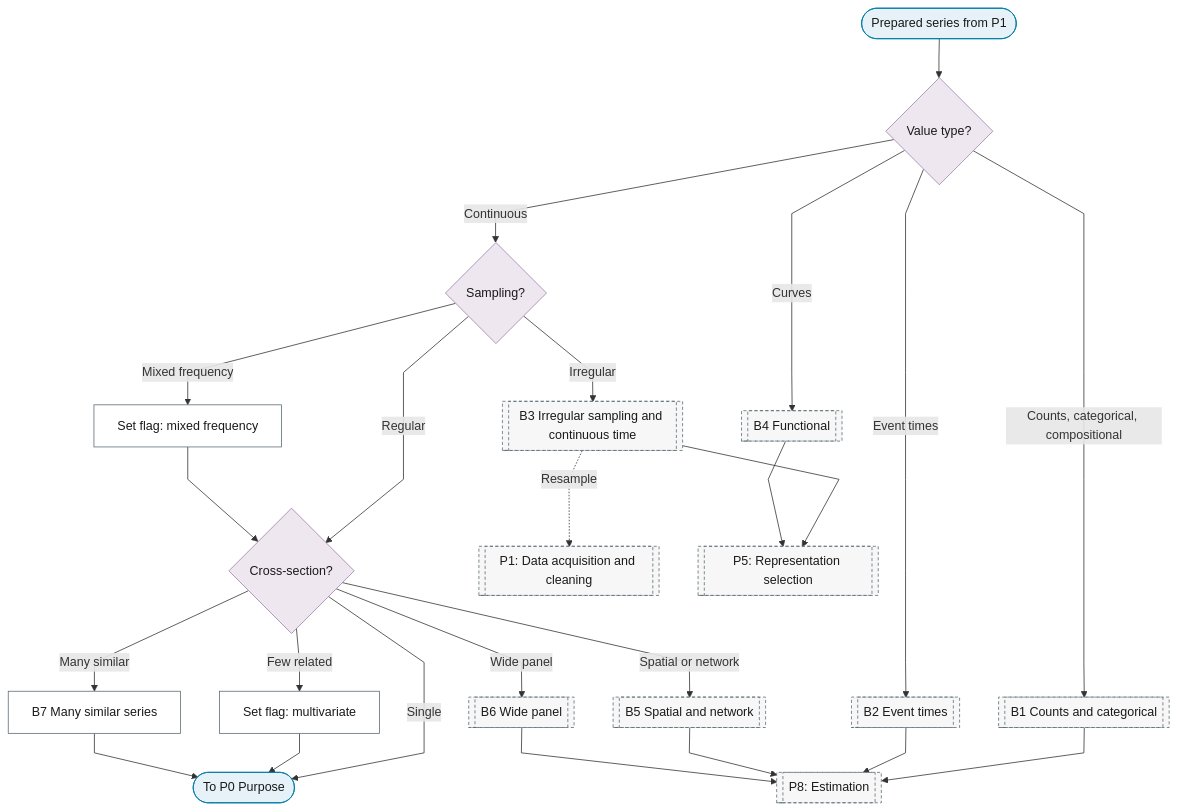
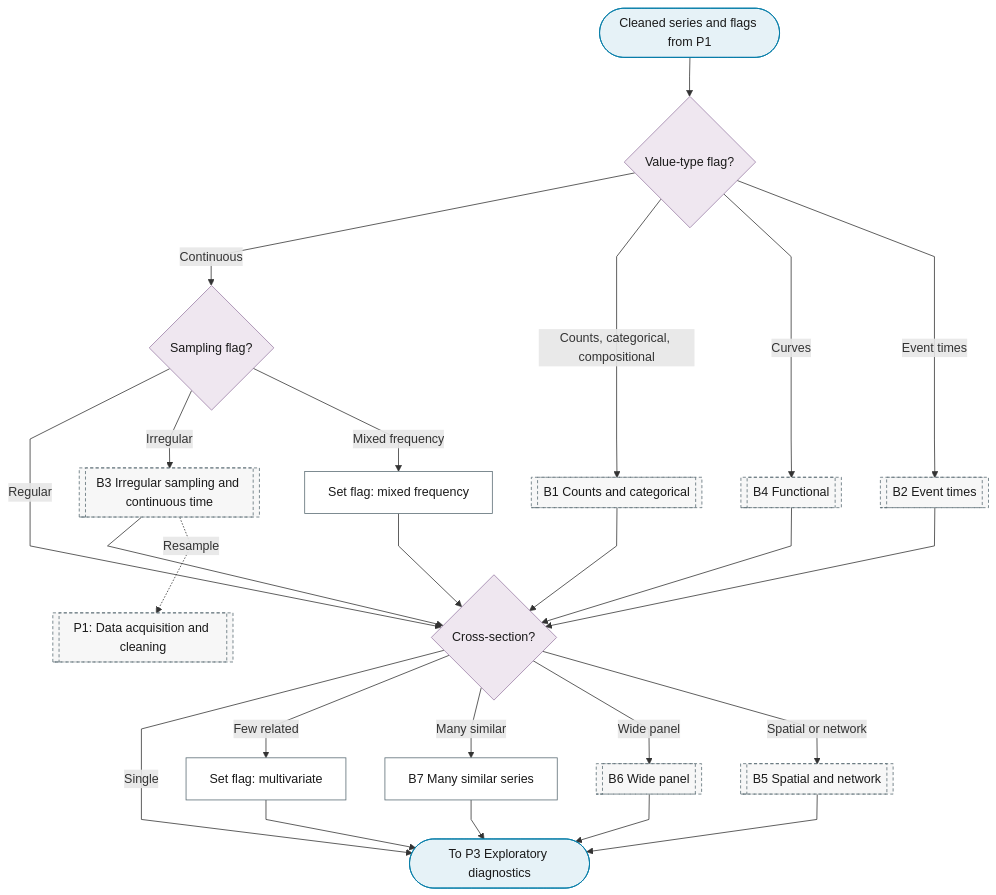
One commit to Shuxin-Y/time-series-analysis-manual changed the first of 2 diagrams in docs/01-workflow/p02-data-type-gate.md. Above: the diagram before and after it, drawn with Mermaid. The commit also changed other lines of this file and 8 other files, not shown here.

````diff
--- a/docs/01-workflow/p02-data-type-gate.md
+++ b/docs/01-workflow/p02-data-type-gate.md
@@ -9,40 +9,33 @@
 ```mermaid
 %%{init: {"flowchart": {"curve": "linear"}}}%%
 graph TD
-    P2_IN(["Prepared series from P1"]) --> P2_VALUE_TYPE{"Value type?"}
-    P2_VALUE_TYPE -->|"Continuous"| P2_SAMPLING{"Sampling?"}
+    P2_IN(["Cleaned series and flags from P1"]) --> P2_VALUE_TYPE{"Value-type flag?"}
+    P2_VALUE_TYPE -->|"Continuous"| P2_SAMPLING{"Sampling flag?"}
     P2_VALUE_TYPE -->|"Counts, categorical, compositional"| B1[["B1 Counts and categorical"]]
     P2_VALUE_TYPE -->|"Curves"| B4[["B4 Functional"]]
     P2_VALUE_TYPE -->|"Event times"| B2[["B2 Event times"]]
     P2_SAMPLING -->|"Regular"| P2_STRUCTURE{"Cross-section?"}
     P2_SAMPLING -->|"Irregular"| B3[["B3 Irregular sampling and continuous time"]]
     P2_SAMPLING -->|"Mixed frequency"| P2_MIXED_FREQ_FLAG["Set flag: mixed frequency"]
     P2_MIXED_FREQ_FLAG --> P2_STRUCTURE
+    B1 & B2 & B3 & B4 --> P2_STRUCTURE
+    B3 -.->|"Resample"| P1[["P1: Data acquisition and cleaning"]]
     P2_STRUCTURE -->|"Single"| P2_OUT
     P2_STRUCTURE -->|"Few related"| P2_MULTIVARIATE_FLAG["Set flag: multivariate"]
     P2_STRUCTURE -->|"Many similar"| B7["B7 Many similar series"]
     P2_STRUCTURE -->|"Wide panel"| B6[["B6 Wide panel"]]
     P2_STRUCTURE -->|"Spatial or network"| B5[["B5 Spatial and network"]]
-    P2_MULTIVARIATE_FLAG --> P2_OUT
-    B7 --> P2_OUT
-    B3 -.->|"Resample"| P1[["P1: Data acquisition and cleaning"]]
-    B3 --> P5[["P5: Representation selection"]]
-    B4 --> P5
-    B1 --> P8[["P8: Estimation"]]
-    B2 --> P8
-    B5 --> P8
-    B6 --> P8
-    P2_OUT(["To P0 Purpose"])
+    P2_MULTIVARIATE_FLAG & B7 & B6 & B5 --> P2_OUT(["To P3 Exploratory diagnostics"])
     class P2_IN,P2_OUT terminator
     class P2_VALUE_TYPE,P2_SAMPLING,P2_STRUCTURE decision
     class P2_MIXED_FREQ_FLAG,P2_MULTIVARIATE_FLAG,B7 process
-    class B1,B2,B3,B4,B5,B6,P1,P5,P8 ref
+    class B1,B2,B3,B4,B5,B6,P1 ref
     classDef terminator fill:#E6F2F7,stroke:#007BA7,color:#1A1A1A;
     classDef process fill:#FFFFFF,stroke:#5A6B73,color:#1A1A1A;
     classDef decision fill:#EFE7F0,stroke:#9B7FA7,color:#1A1A1A;
     classDef data fill:#FFF4E0,stroke:#C9A55E,color:#1A1A1A;
     classDef good fill:#DCEFD8,stroke:#4A7A3F,color:#1A1A1A;
     classDef escalate fill:#FFE9C2,stroke:#C9A55E,color:#1A1A1A;
     classDef problem fill:#F2D9DE,stroke:#800020,color:#1A1A1A;
     classDef ref fill:#F7F7F7,stroke:#5A6B73,color:#1A1A1A,stroke-dasharray:4 3;
 ```
````
